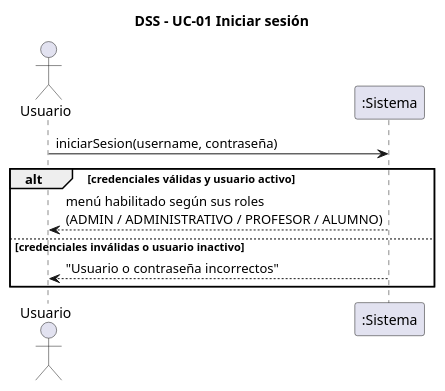
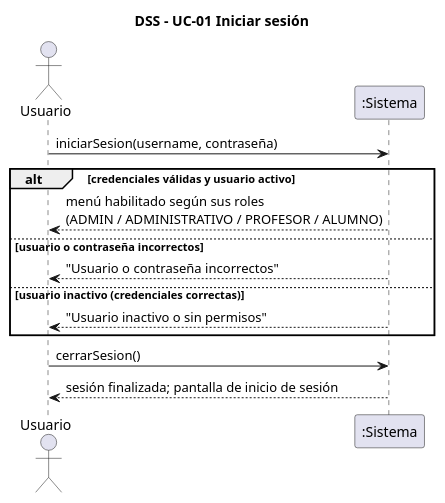
Before and after one commit to ISMAELALTHENOFER/BACKOFFICE-ACADEMICO-ITEC-N-1: the diagram in document/diagramas/10-dss-iniciar-sesion.puml, drawn with PlantUML. The commit also changed 121 other files, not shown here.

First line of the commit message:
docs: completar casos de uso, diagramas de secuencia, contratos e historias de usuario

```diff
--- a/document/diagramas/10-dss-iniciar-sesion.puml
+++ b/document/diagramas/10-dss-iniciar-sesion.puml
@@ -1,12 +1,16 @@
 @startuml dss-iniciar-sesion
 skinparam shadowing false
 title DSS - UC-01 Iniciar sesión
 actor "Usuario" as U
 participant ":Sistema" as S
 U -> S : iniciarSesion(username, contraseña)
 alt credenciales válidas y usuario activo
   S --> U : menú habilitado según sus roles\n(ADMIN / ADMINISTRATIVO / PROFESOR / ALUMNO)
-else credenciales inválidas o usuario inactivo
+else usuario o contraseña incorrectos
   S --> U : "Usuario o contraseña incorrectos"
+else usuario inactivo (credenciales correctas)
+  S --> U : "Usuario inactivo o sin permisos"
 end
+U -> S : cerrarSesion()
+S --> U : sesión finalizada; pantalla de inicio de sesión
 @enduml
```
